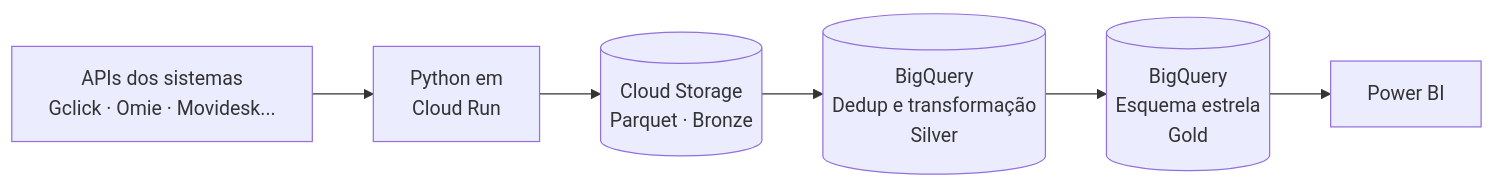
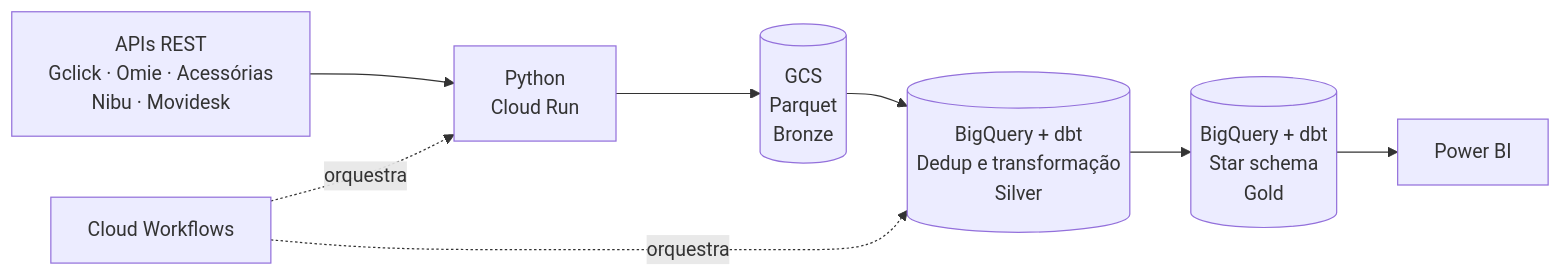
Before and after one commit to Meepyss/Meepyss: the diagram in README.md, drawn with Mermaid. The commit also changed other lines of this file, not shown here.

````diff
--- a/README.md
+++ b/README.md
@@ -52,8 +20,10 @@
 ```mermaid
 flowchart LR
-    A[APIs dos sistemas<br/>Gclick · Omie · Movidesk...] --> B[Python em<br/>Cloud Run]
-    B --> C[(Cloud Storage<br/>Parquet · Bronze)]
-    C --> D[(BigQuery<br/>Dedup e transformação<br/>Silver)]
-    D --> E[(BigQuery<br/>Esquema estrela<br/>Gold)]
+    A[APIs REST<br/>Gclick · Omie · Acessórias<br/>Nibu · Movidesk] --> B[Python<br/>Cloud Run]
+    B --> C[(GCS<br/>Parquet<br/>Bronze)]
+    C --> D[(BigQuery + dbt<br/>Dedup e transformação<br/>Silver)]
+    D --> E[(BigQuery + dbt<br/>Star schema<br/>Gold)]
     E --> F[Power BI]
+    W[Cloud Workflows] -. orquestra .-> B
+    W -. orquestra .-> D
 ```
````
